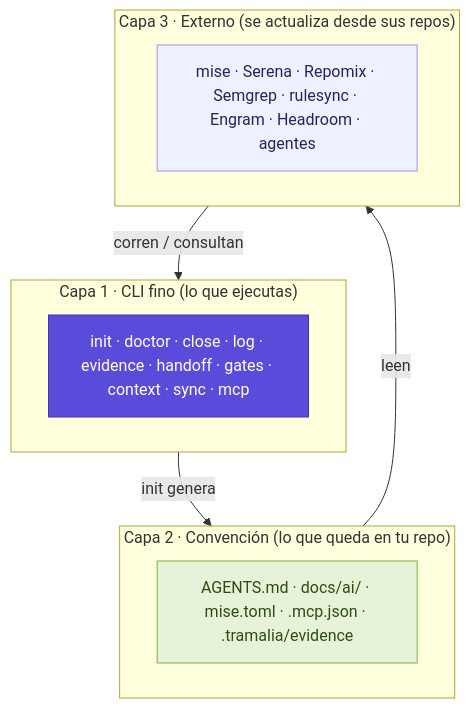
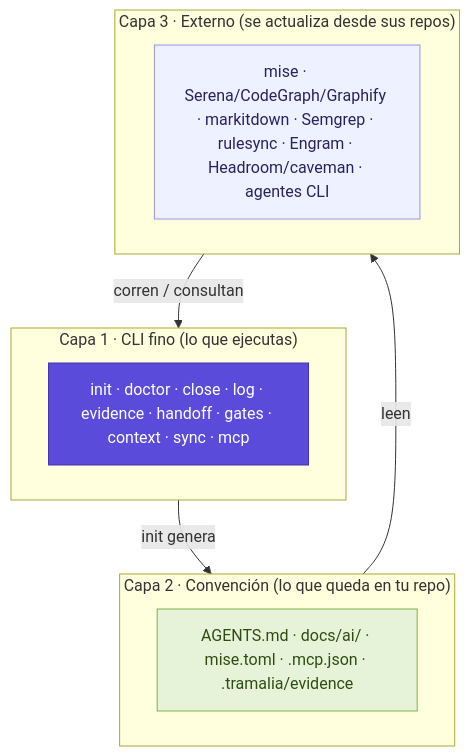
One commit to MscottB/tramalia changed the first of 3 diagrams in docs/arquitectura.md. Above: the diagram before and after it, drawn with Mermaid. The commit also changed other lines of this file and 21 other files, not shown here.

First line of the commit message:
docs: revisión completa — reflejar CodeGraph/Graphify/markitdown/notebooklm-mcp, i18n, horizontes y guardia de init

````diff
--- a/docs/arquitectura.md
+++ b/docs/arquitectura.md
@@ -13,19 +13,19 @@
 ```mermaid
 flowchart TB
     classDef core fill:#5b4bdb,stroke:#4335b0,color:#ffffff;
     classDef conv fill:#e7f3d8,stroke:#7cb342,color:#2e4d13;
     classDef ext fill:#eef1ff,stroke:#9a92e8,color:#2a2160;
 
     subgraph C1["Capa 1 · CLI fino (lo que ejecutas)"]
         CLI["init · doctor · close · log · evidence · handoff · gates · context · sync · mcp"]:::core
     end
     subgraph C2["Capa 2 · Convención (lo que queda en tu repo)"]
         CONV["AGENTS.md · docs/ai/ · mise.toml · .mcp.json · .tramalia/evidence"]:::conv
     end
     subgraph C3["Capa 3 · Externo (se actualiza desde sus repos)"]
-        EXT["mise · Serena · Repomix · Semgrep · rulesync · Engram · Headroom · agentes"]:::ext
+        EXT["mise · Serena/CodeGraph/Graphify · markitdown · Semgrep · rulesync · Engram · Headroom/caveman · agentes CLI"]:::ext
     end
     C1 -->|init genera| C2
     C2 -->|leen| C3
     C3 -->|corren / consultan| C1
 ```
````
